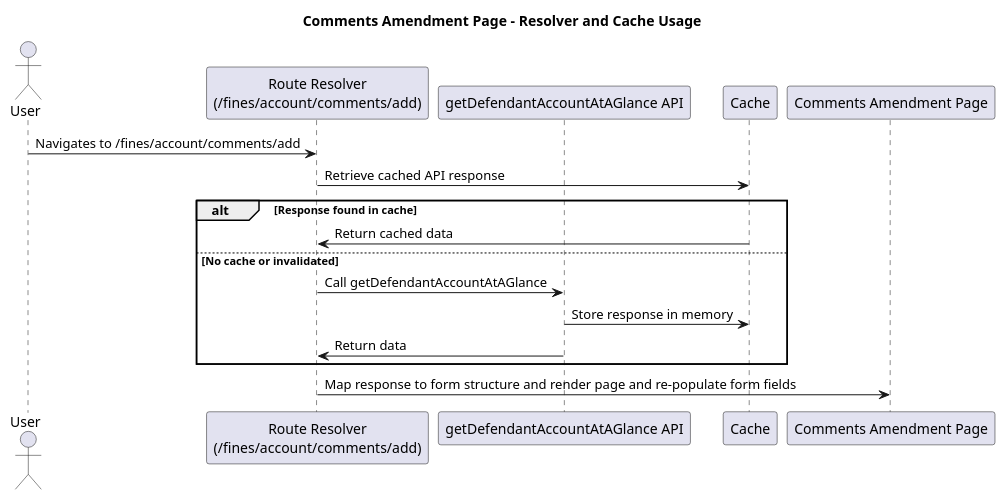
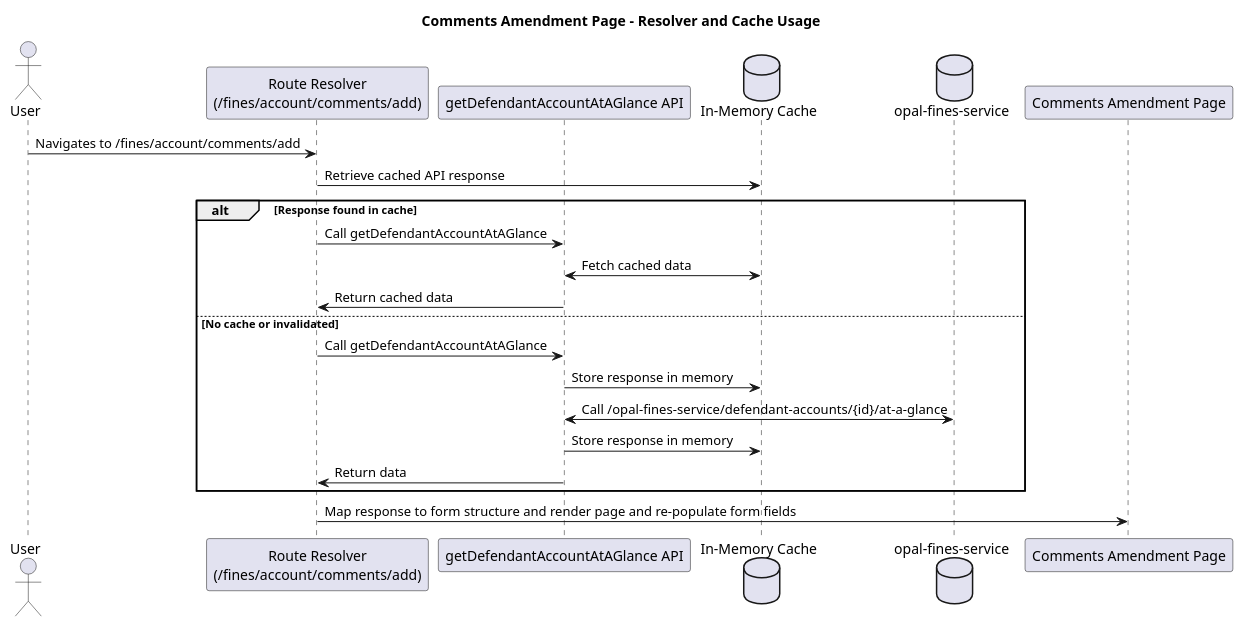
One commit to hmcts/opal-docs changed the diagram in plantUML/fae-view-defendant-account-summary/fae-add-comments-ui.puml. Above: the diagram before and after it, drawn with PlantUML. The commit also changed 6 other files, not shown here.

Commit message:
Refactor PlantUML diagrams to enhance clarity and consistency in API call and caching flows

```diff
--- a/plantUML/fae-view-defendant-account-summary/fae-add-comments-ui.puml
+++ b/plantUML/fae-view-defendant-account-summary/fae-add-comments-ui.puml
@@ -1,22 +1,27 @@
 @startuml
 title Comments Amendment Page - Resolver and Cache Usage
 
 actor User
 participant "Route Resolver\n(/fines/account/comments/add)" as Resolver
 participant "getDefendantAccountAtAGlance API" as API
-participant "Cache"
+database "In-Memory Cache" as Cache
+database "opal-fines-service" as Backend
 participant "Comments Amendment Page" as Page
 
 User -> Resolver : Navigates to /fines/account/comments/add
 Resolver -> Cache : Retrieve cached API response
 
 alt Response found in cache
-    Cache -> Resolver : Return cached data
+    Resolver -> API : Call getDefendantAccountAtAGlance
+    API <-> Cache : Fetch cached data
+    API -> Resolver : Return cached data
 else No cache or invalidated
     Resolver -> API : Call getDefendantAccountAtAGlance
+    API -> Cache : Store response in memory
+    API <-> Backend : Call  /opal-fines-service/defendant-accounts/{id}/at-a-glance
     API -> Cache : Store response in memory
     API -> Resolver : Return data
 end
 
 Resolver -> Page : Map response to form structure and render page and re-populate form fields
 @enduml
```
